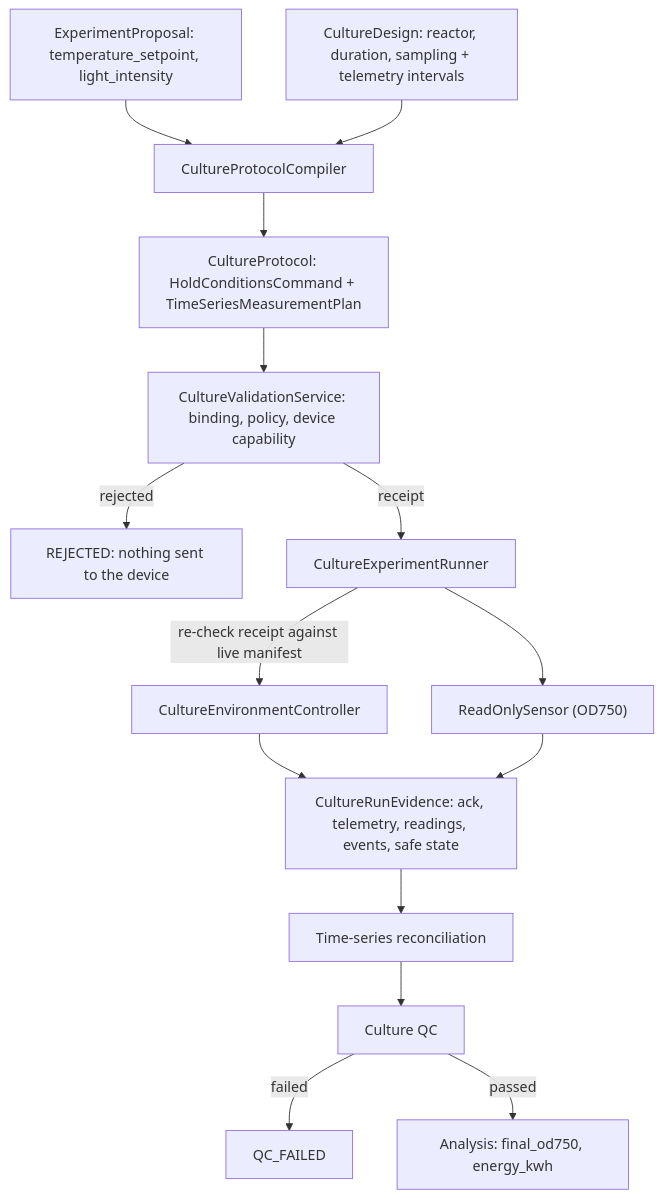
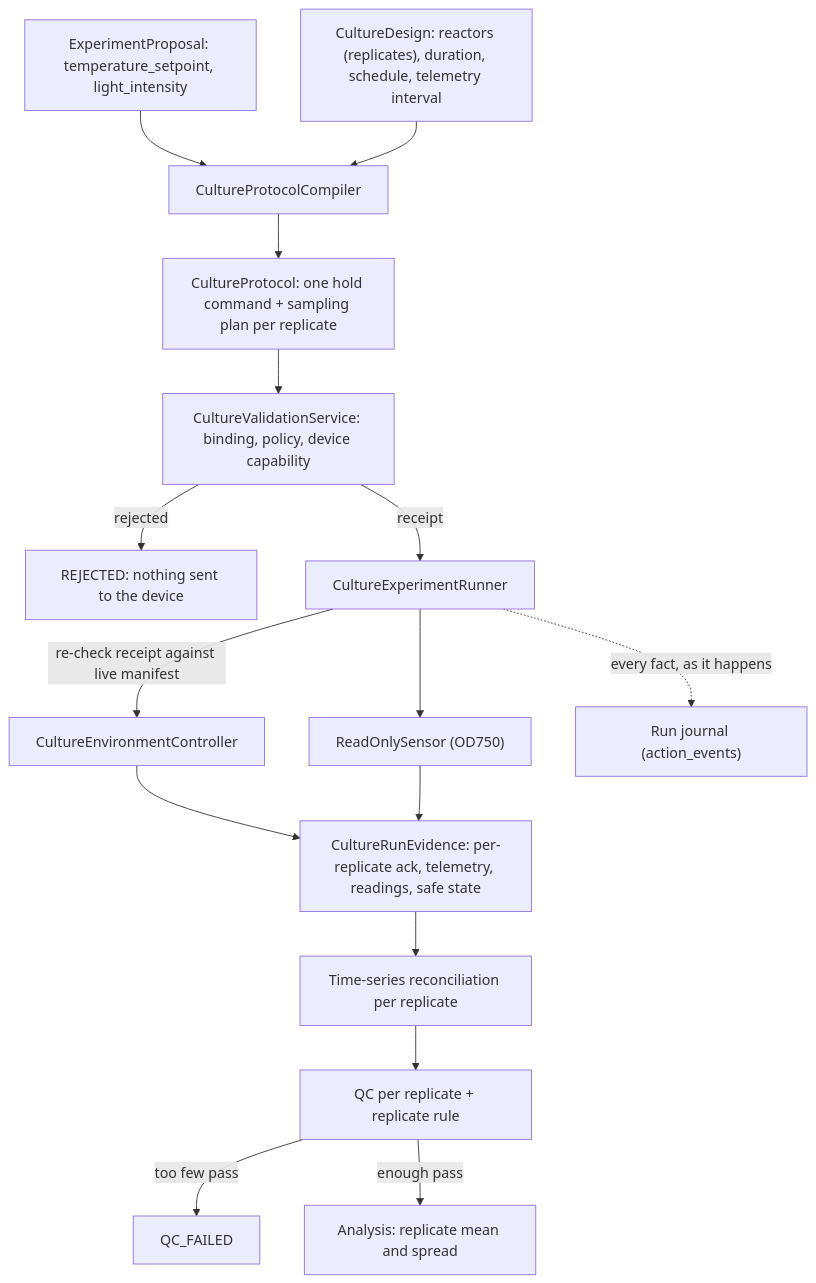
The diagram in docs/culture.md (stev004/autolab), drawn with Mermaid before and after one commit. The commit also changed other lines of this file and 23 other files, not shown here.

````diff
--- a/docs/culture.md
+++ b/docs/culture.md
@@ -32,17 +42,18 @@
 ```mermaid
 flowchart TD
     P["ExperimentProposal: temperature_setpoint, light_intensity"] --> C["CultureProtocolCompiler"]
-    D["CultureDesign: reactor, duration, sampling + telemetry intervals"] --> C
-    C --> PR["CultureProtocol: HoldConditionsCommand + TimeSeriesMeasurementPlan"]
+    D["CultureDesign: reactors (replicates), duration, schedule, telemetry interval"] --> C
+    C --> PR["CultureProtocol: one hold command + sampling plan per replicate"]
     PR --> V["CultureValidationService: binding, policy, device capability"]
     V -->|rejected| R["REJECTED: nothing sent to the device"]
     V -->|receipt| X["CultureExperimentRunner"]
     X -->|"re-check receipt against live manifest"| CT["CultureEnvironmentController"]
     X --> S["ReadOnlySensor (OD750)"]
-    CT --> E["CultureRunEvidence: ack, telemetry, readings, events, safe state"]
+    X -.->|"every fact, as it happens"| J["Run journal (action_events)"]
+    CT --> E["CultureRunEvidence: per-replicate ack, telemetry, readings, safe state"]
     S --> E
-    E --> TS["Time-series reconciliation"]
-    TS --> Q["Culture QC"]
-    Q -->|failed| QF["QC_FAILED"]
-    Q -->|passed| A["Analysis: final_od750, energy_kwh"]
+    E --> TS["Time-series reconciliation per replicate"]
+    TS --> Q["QC per replicate + replicate rule"]
+    Q -->|too few pass| QF["QC_FAILED"]
+    Q -->|enough pass| A["Analysis: replicate mean and spread"]
 ```
````
